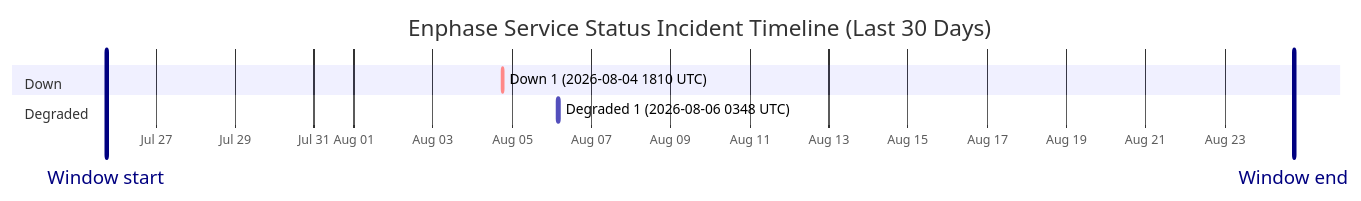
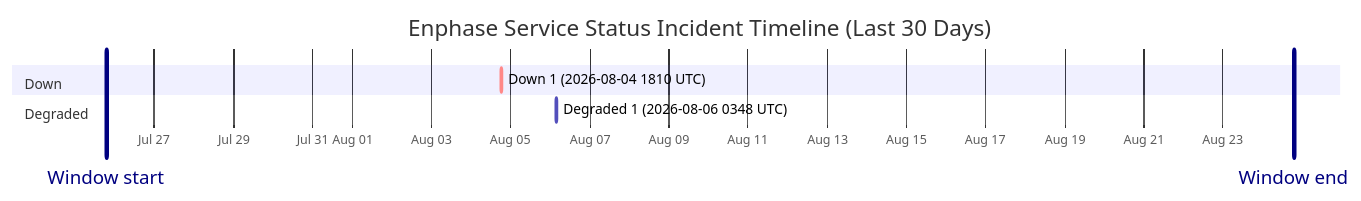
One commit to barneyonline/ha-enphase-energy changed the diagram in wiki/Service-Status-History.md. Above: the diagram before and after it, drawn with Mermaid. The commit also changed other lines of this file and 3 other files, not shown here.

````diff
--- a/wiki/Service-Status-History.md
+++ b/wiki/Service-Status-History.md
@@ -14,12 +14,12 @@
 ```mermaid
 gantt
     title Enphase Service Status Incident Timeline (Last 30 Days)
     dateFormat  YYYY-MM-DDTHH:mm:ss
     axisFormat  %b %d
-    Window start :vert, window-start, 2026-07-25T17:59:41, 0ms
-    Window end :vert, window-end, 2026-08-24T17:59:41, 0ms
+    Window start :vert, window-start, 2026-07-25T18:51:44, 0ms
+    Window end :vert, window-end, 2026-08-24T18:51:44, 0ms
     section Down
     Down 1 (2026-08-04 1810 UTC) :crit, down-1, 2026-08-04T18:10:46, 60m
     section Degraded
     Degraded 1 (2026-08-06 0348 UTC) :active, degraded-1, 2026-08-06T03:48:14, 60m
 ```
````
